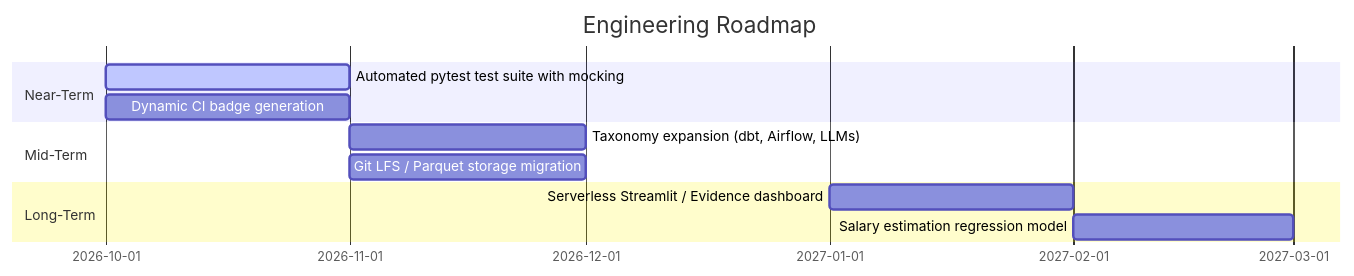
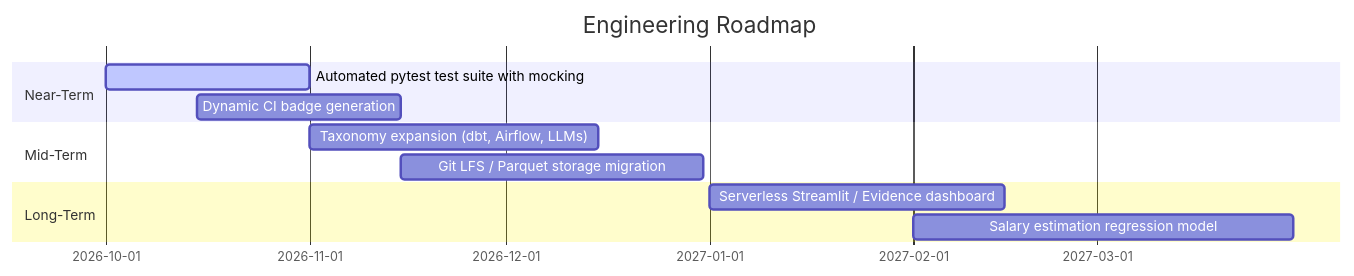
Before and after one commit to dummycodertech/adzuna-job-intelligence: the fourth of 4 diagrams in README.md, drawn with Mermaid. The commit also changed other lines of this file, not shown here.

Commit message:
fix(docs): resolve Mermaid syntax parsing errors in system flowchart and ERD

````diff
--- a/README.md
+++ b/README.md
@@ -732,14 +733,14 @@
 ```mermaid
 gantt
     title Engineering Roadmap
-    dateFormat  YYYY-MM
+    dateFormat  YYYY-MM-DD
     section Near-Term
-    Automated pytest test suite with mocking :active, 2026-10, 2026-11
-    Dynamic CI badge generation              :2026-10, 2026-11
+    Automated pytest test suite with mocking :active, 2026-10-01, 2026-11-01
+    Dynamic CI badge generation              :2026-10-15, 2026-11-15
     section Mid-Term
-    Taxonomy expansion (dbt, Airflow, LLMs)  :2026-11, 2026-12
-    Git LFS / Parquet storage migration      :2026-11, 2026-12
+    Taxonomy expansion (dbt, Airflow, LLMs)  :2026-11-01, 2026-12-15
+    Git LFS / Parquet storage migration      :2026-11-15, 2026-12-31
     section Long-Term
-    Serverless Streamlit / Evidence dashboard:2027-01, 2027-02
-    Salary estimation regression model       :2027-02, 2027-03
+    Serverless Streamlit / Evidence dashboard:2027-01-01, 2027-02-15
+    Salary estimation regression model       :2027-02-01, 2027-03-31
 ```
````
